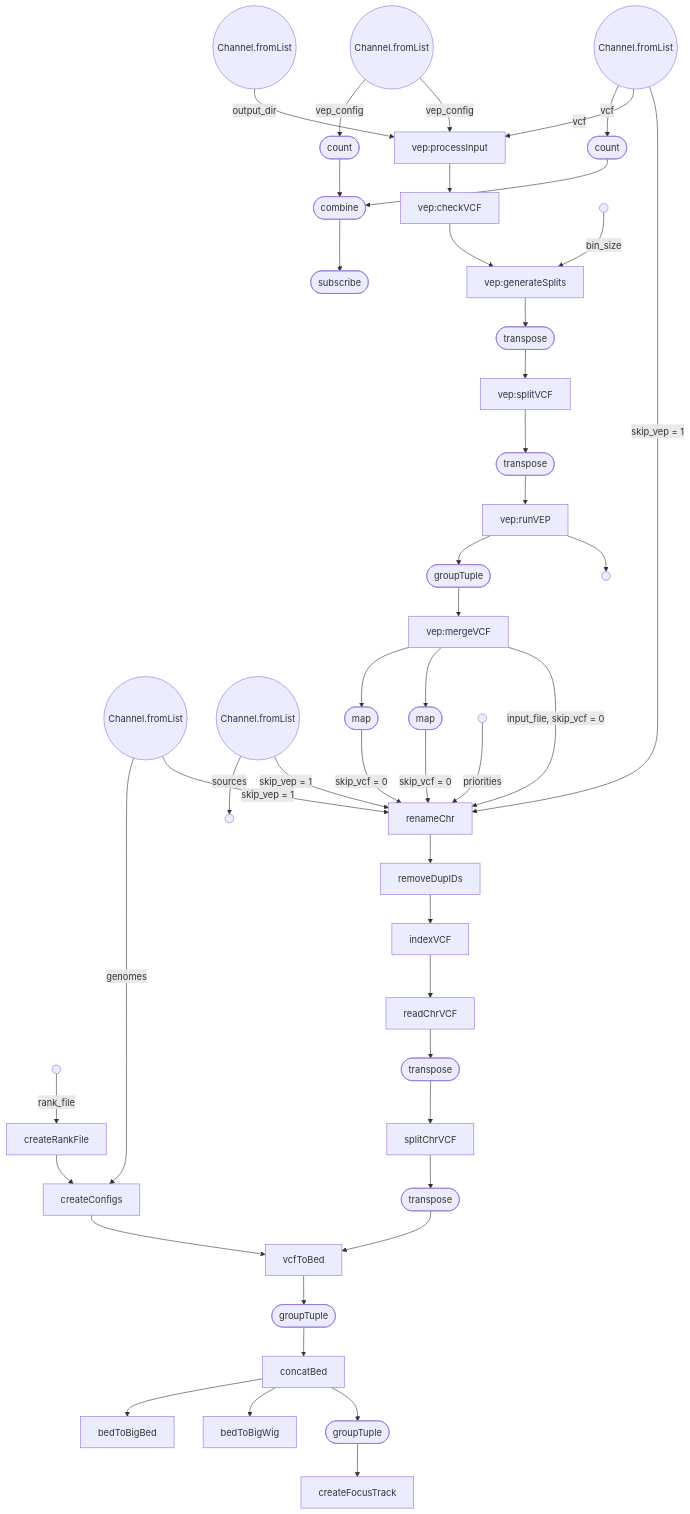
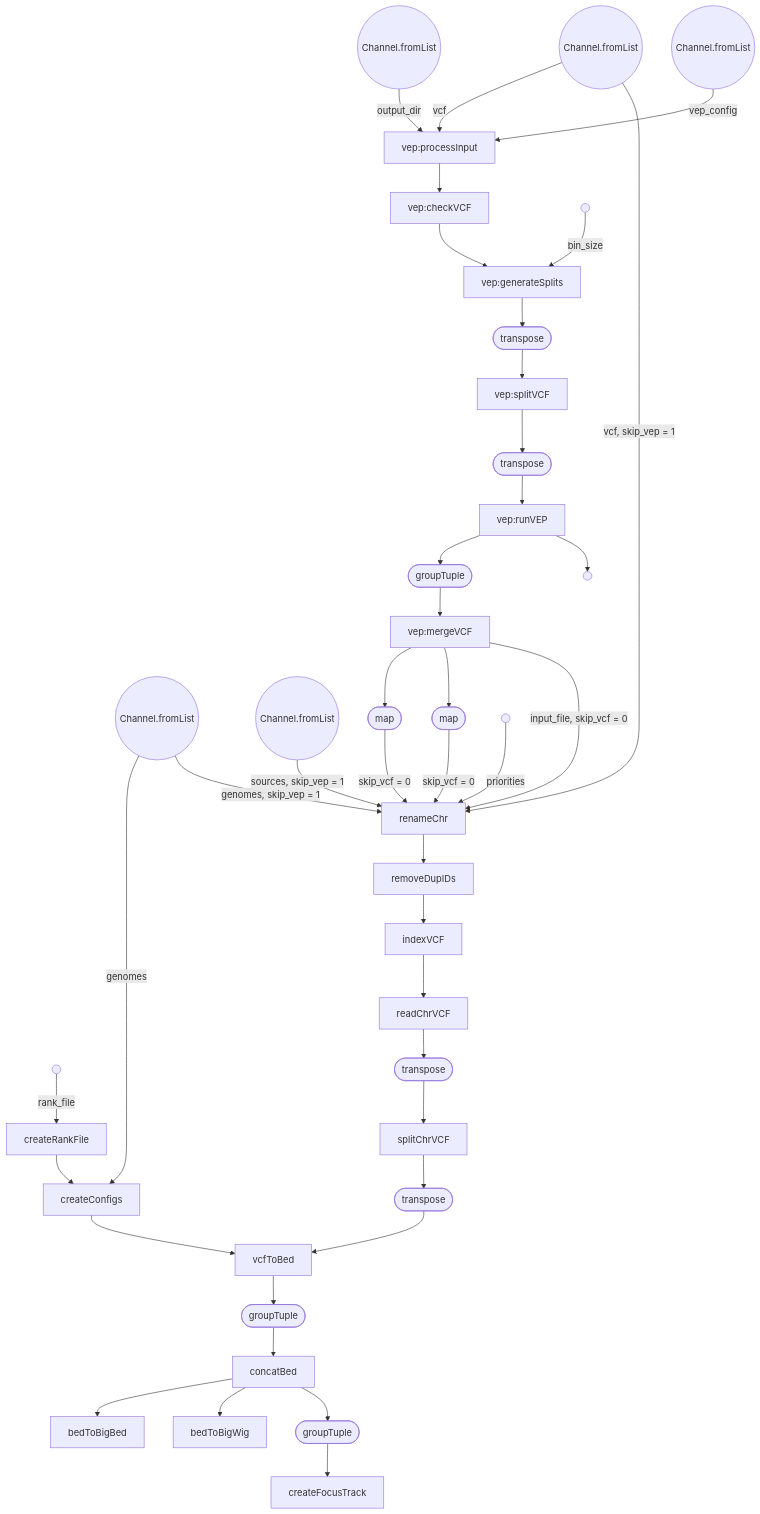
The diagram in README.md (ainefairbrother/ensembl-variation-pipelines), drawn with Mermaid before and after one commit. The commit also changed other lines of this file, not shown here.

Commit message:
Fix readme diagram

````diff
--- a/README.md
+++ b/README.md
@@ -134,14 +134,9 @@
     p2((Channel.fromList))
     p3((Channel.fromList))
     p4((Channel.fromList))
-    p5(( ))
     p6(( ))
     p7[createRankFile]
     p8[createConfigs]
-    p9([count])
-    p10([count])
-    p11([combine])
-    p12([subscribe])
     p13[vep:processInput]
     p14[vep:checkVCF]
     p15(( ))
@@ -170,17 +165,11 @@
     p38[bedToBigWig]
     p39([groupTuple])
     p40[createFocusTrack]
-    p0 -->|vcf| p9
     p1 -->|output_dir| p13
-    p2 -->|vep_config| p10
     p3 -->|genomes| p8
-    p4 -->|sources| p5
     p6 -->|rank_file| p7
     p7 --> p8
     p8 --> p34
-    p9 --> p11
-    p10 --> p11
-    p11 --> p12
     p0 -->|vcf| p13
     p2 -->|vep_config| p13
     p13 --> p14
@@ -212,7 +201,7 @@
     p36 --> p38
     p36 --> p39
     p39 --> p40
-    p3 -->|skip_vep = 1| p27
-    p4 -->|skip_vep = 1| p27
-    p0 -->|skip_vep = 1| p27
+    p3 -->|genomes, skip_vep = 1| p27
+    p4 -->|sources, skip_vep = 1| p27
+    p0 -->|vcf, skip_vep = 1| p27
 ```
````
